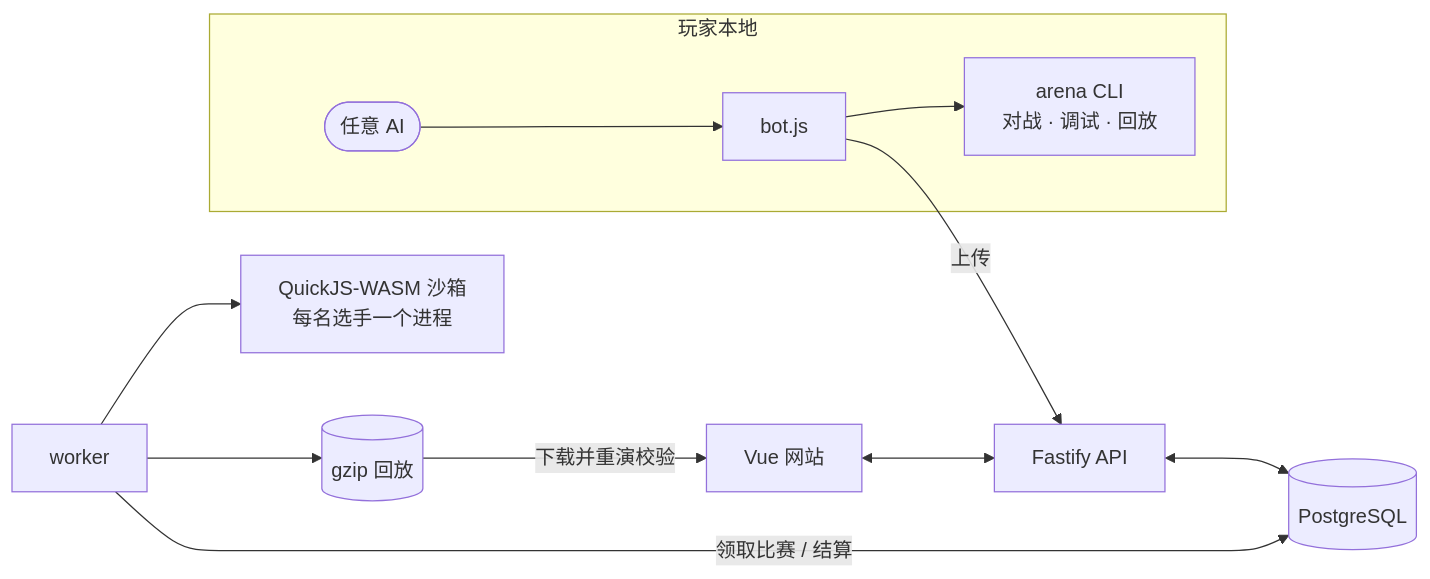
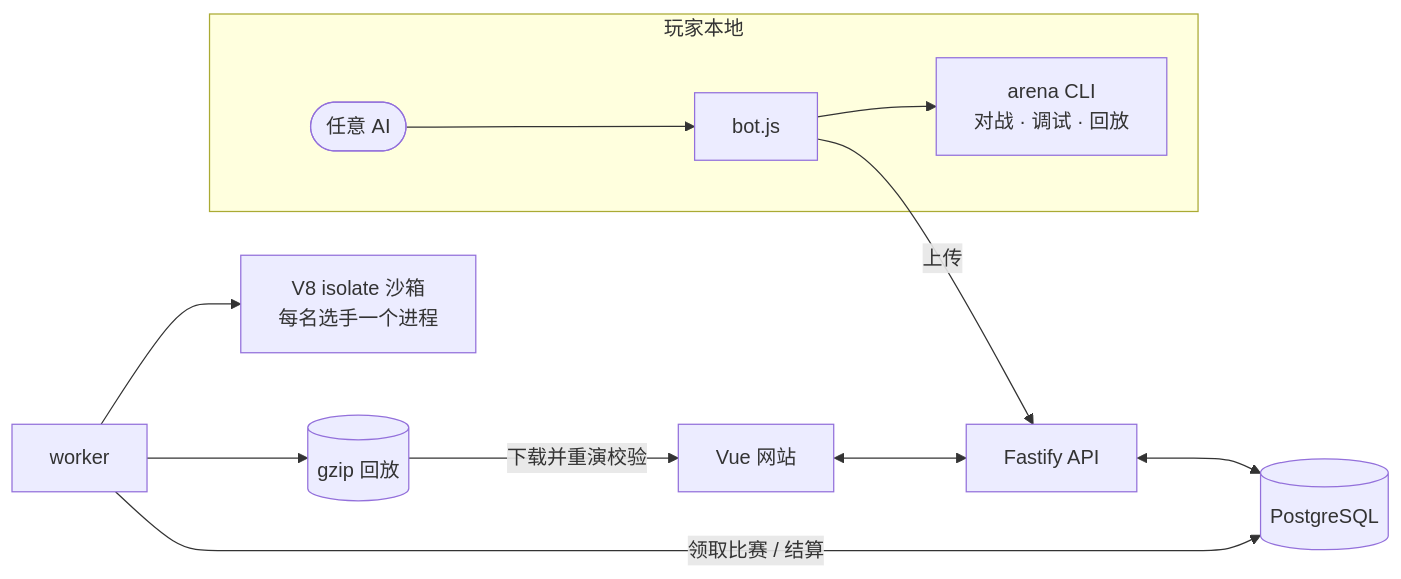
One commit to KurohaneKaoruko/si-arena changed the diagram in README.md. Above: the diagram before and after it, drawn with Mermaid. The commit also changed other lines of this file and 43 other files, not shown here.

````diff
--- a/README.md
+++ b/README.md
@@ -83,14 +83,14 @@
 ```mermaid
 flowchart LR
   subgraph local[玩家本地]
     ai([任意 AI]) --> bot[bot.js]
     bot --> cli[arena CLI<br/>对战 · 调试 · 回放]
   end
   bot -- 上传 --> api[Fastify API]
   web[Vue 网站] <--> api
   api <--> db[(PostgreSQL)]
   worker[worker] -- 领取比赛 / 结算 --> db
-  worker --> sandbox[QuickJS-WASM 沙箱<br/>每名选手一个进程]
+  worker --> sandbox[V8 isolate 沙箱<br/>每名选手一个进程]
   worker --> replays[(gzip 回放)]
   replays -- 下载并重演校验 --> web
 ```
````
